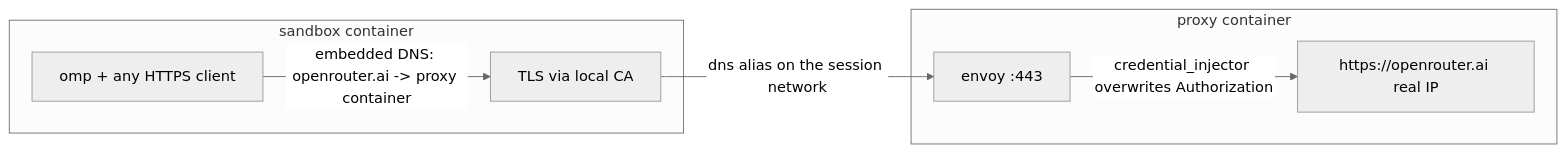
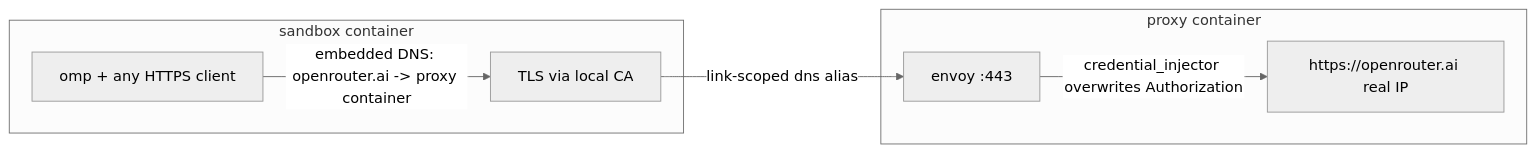
One commit to gitseed/monorepo changed the diagram in omp-sandbox/README.md. Above: the diagram before and after it, drawn with Mermaid (neutral theme). The commit also changed other lines of this file, not shown here.

````diff
--- a/omp-sandbox/README.md
+++ b/omp-sandbox/README.md
@@ -7,10 +7,10 @@
 ```mermaid
 flowchart LR
     subgraph sandbox[sandbox container]
         omp[omp + any HTTPS client] -->|"embedded DNS: openrouter.ai -> proxy container"| t[TLS via local CA]
     end
-    t -->|"dns alias on the session network"| envoy
+    t -->|"link-scoped dns alias"| envoy
     subgraph proxy[proxy container]
         envoy[envoy :443] -->|"credential_injector overwrites Authorization"| real[https://openrouter.ai real IP]
     end
 ```
````
